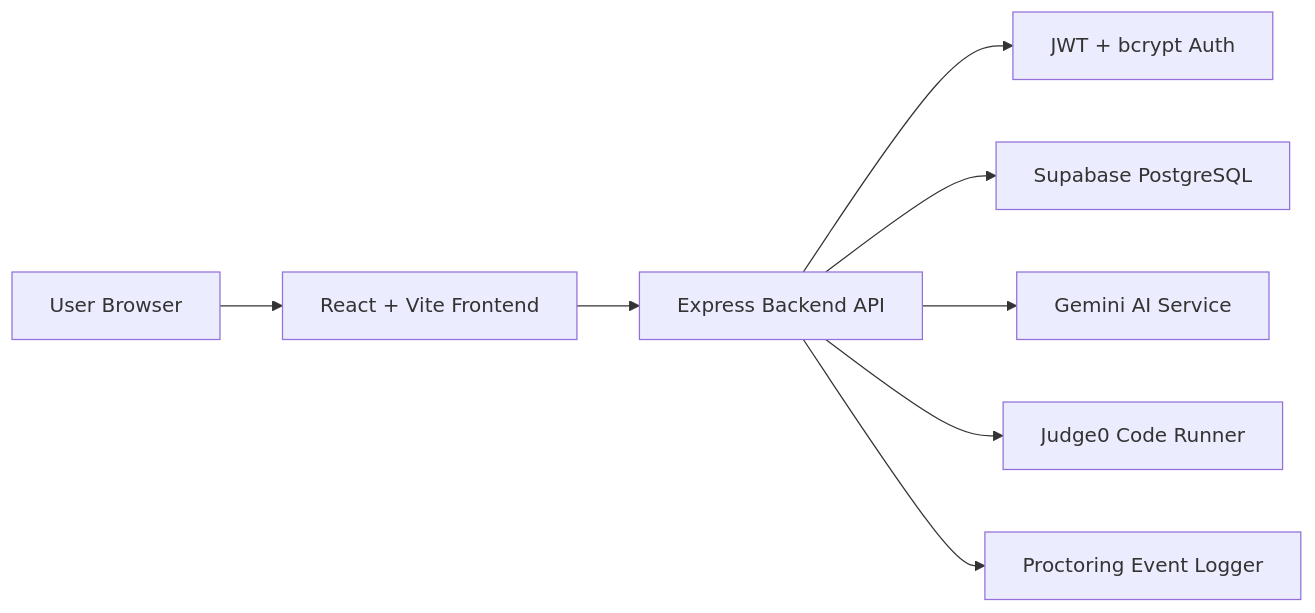
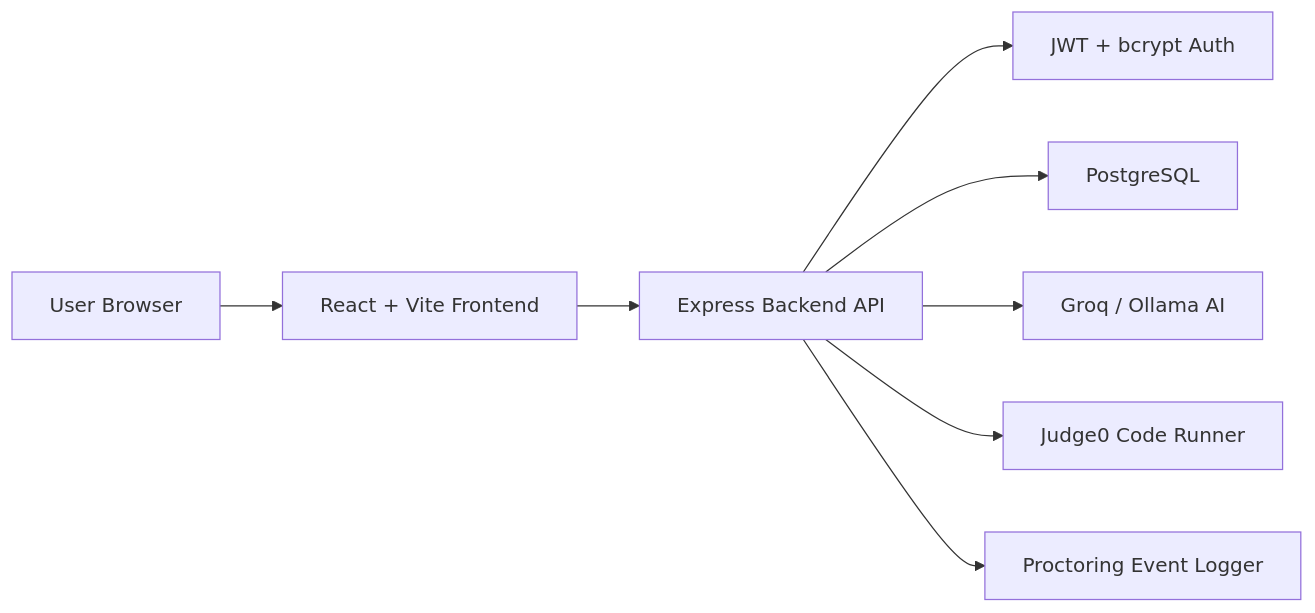
The diagram in docs/ARCHITECTURE.md (sreethan05/intellihire), drawn with Mermaid before and after one commit. The commit also changed 9 other files, not shown here.

````diff
--- a/docs/ARCHITECTURE.md
+++ b/docs/ARCHITECTURE.md
@@ -7,10 +7,10 @@
 ```mermaid
 flowchart LR
   User["User Browser"] --> Frontend["React + Vite Frontend"]
   Frontend --> API["Express Backend API"]
   API --> Auth["JWT + bcrypt Auth"]
-  API --> DB["Supabase PostgreSQL"]
-  API --> AI["Gemini AI Service"]
+  API --> DB["PostgreSQL"]
+  API --> AI["Groq / Ollama AI"]
   API --> Judge["Judge0 Code Runner"]
   API --> Proctor["Proctoring Event Logger"]
 ```
````
